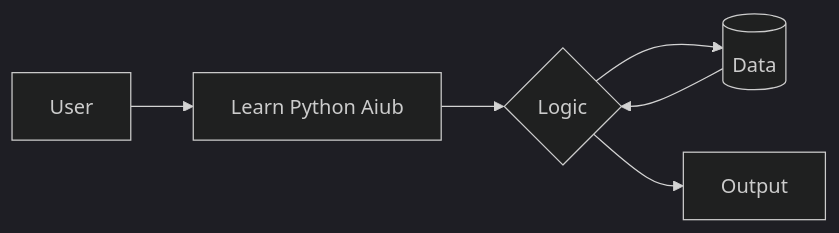
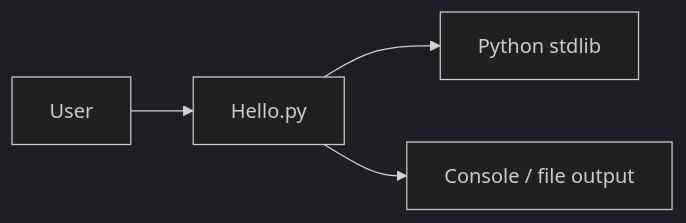
The diagram in README.md (ALPHAMAN-0/Learn_Python_AIUB), drawn with Mermaid (dark theme) before and after one commit.

Commit message:
docs: replace generic architecture diagram with real one

````diff
--- a/README.md
+++ b/README.md
@@ -7,8 +7,6 @@
 ```mermaid
 flowchart LR
-    A[User] --> B[Learn Python Aiub]
-    B --> C{Logic}
-    C --> D[(Data)]
-    C --> E[Output]
-    D --> C
+    User --> Script[Hello.py]
+    Script --> StdLib[Python stdlib]
+    Script --> Output[Console / file output]
 ```
````
